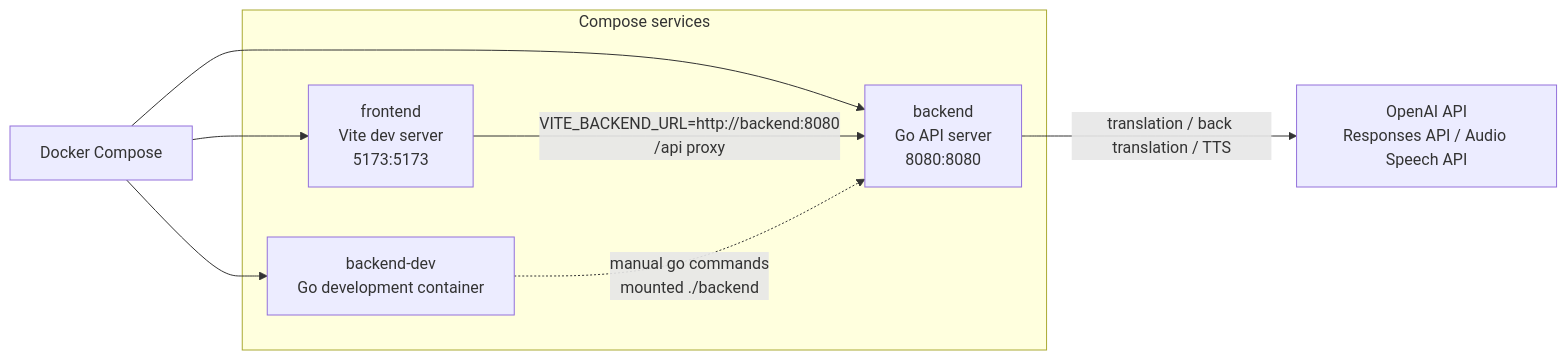
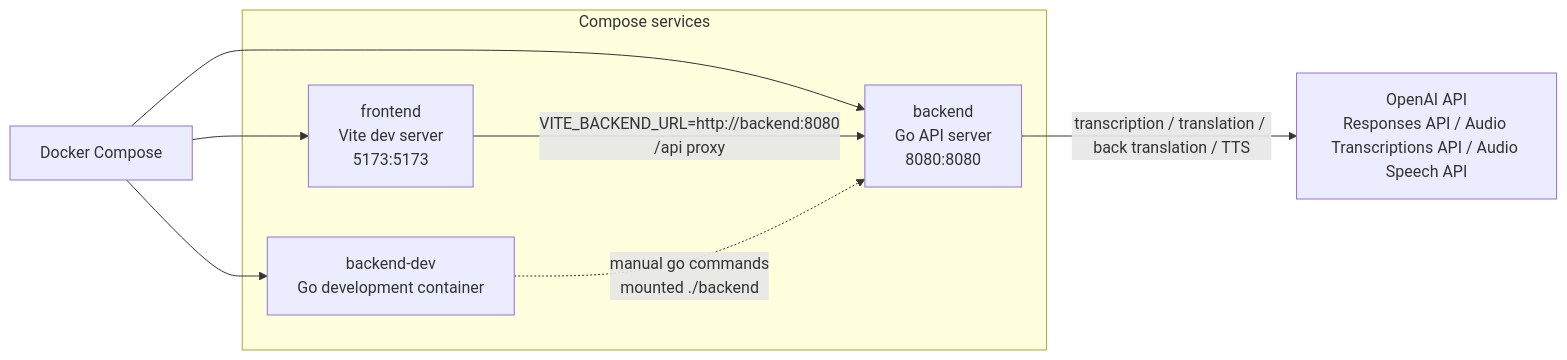
The first of 2 diagrams in docs/docker.md (shin-arita/gotalk), drawn with Mermaid before and after one commit. The commit also changed other lines of this file and 12 other files, not shown here.

````diff
--- a/docs/docker.md
+++ b/docs/docker.md
@@ -17,20 +17,20 @@
 ```mermaid
 flowchart LR
   Compose[Docker Compose]
 
   subgraph Services[Compose services]
     Frontend[frontend<br/>Vite dev server<br/>5173:5173]
     Backend[backend<br/>Go API server<br/>8080:8080]
     BackendDev[backend-dev<br/>Go development container]
   end
 
-  OpenAI[OpenAI API<br/>Responses API / Audio Speech API]
+  OpenAI[OpenAI API<br/>Responses API / Audio Transcriptions API / Audio Speech API]
 
   Compose --> Frontend
   Compose --> Backend
   Compose --> BackendDev
 
   Frontend -->|VITE_BACKEND_URL=http://backend:8080<br/>/api proxy| Backend
-  Backend -->|translation / back translation / TTS| OpenAI
+  Backend -->|transcription / translation / back translation / TTS| OpenAI
   BackendDev -.->|manual go commands<br/>mounted ./backend| Backend
 ```
````
